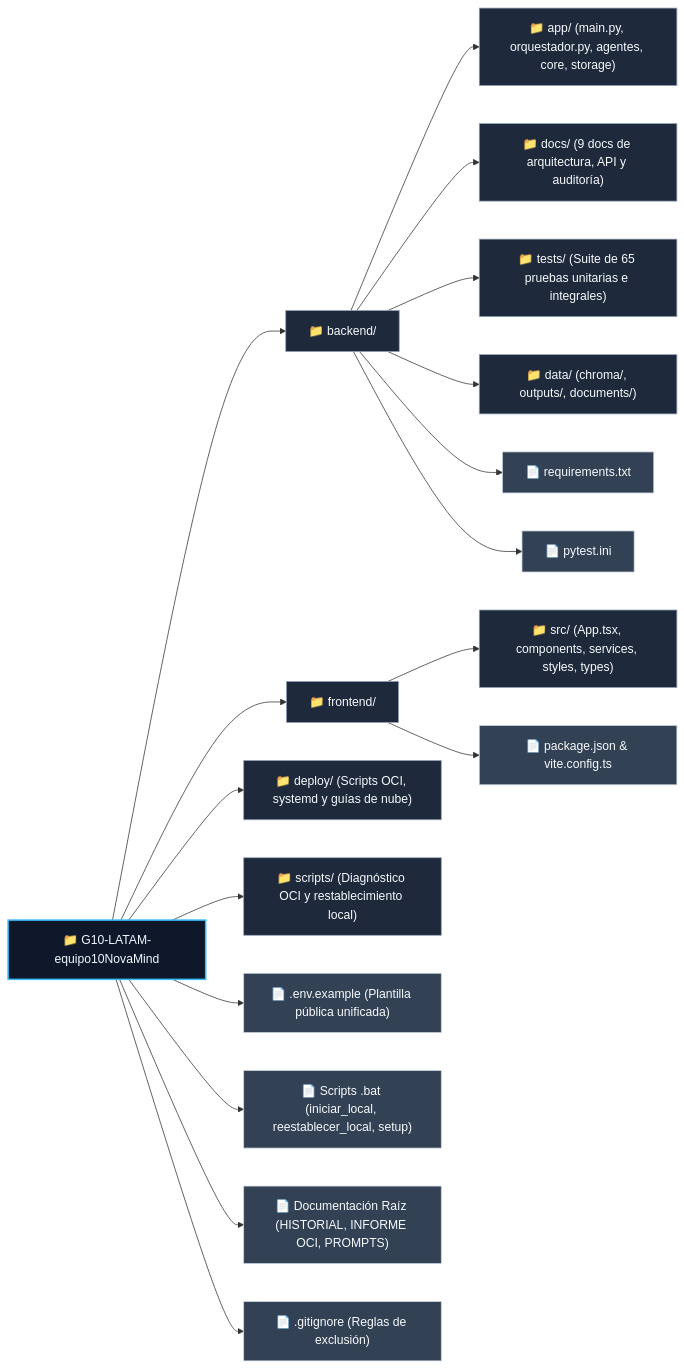
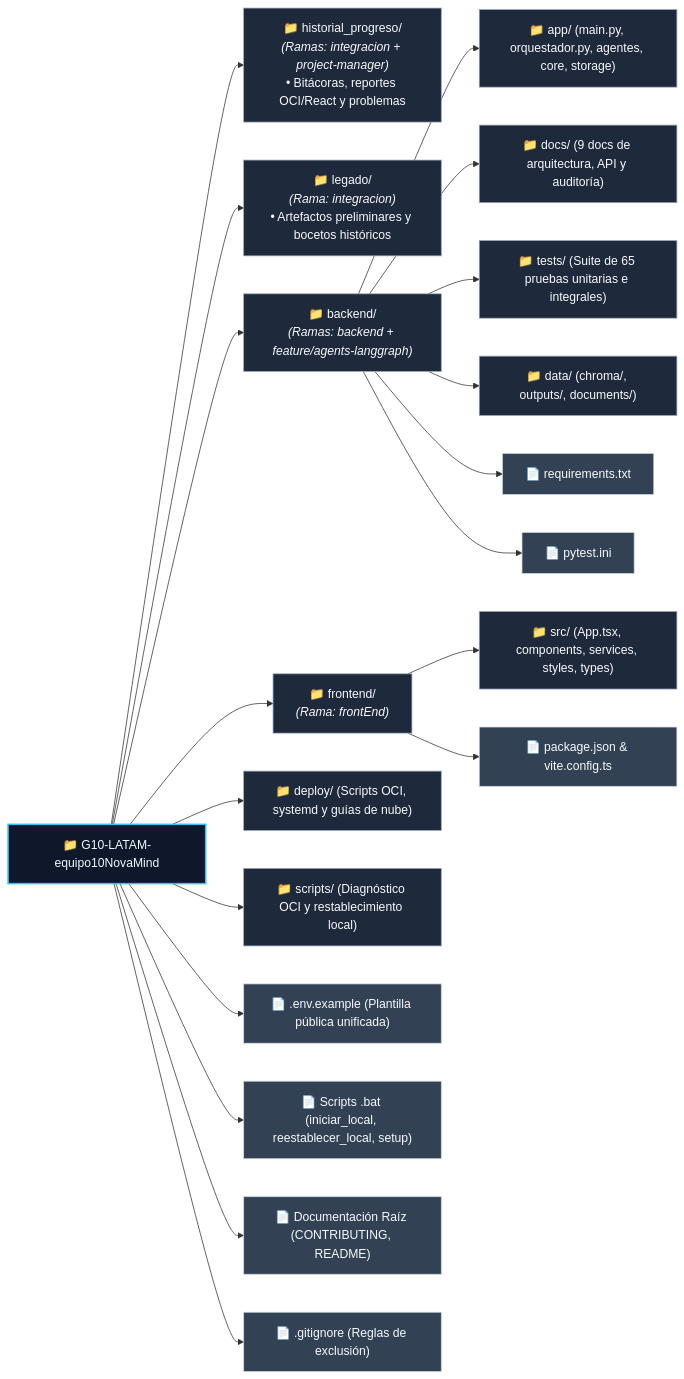
One commit to No-Country-simulation/G10-LATAM-equipo10NovaMind changed the third of 5 diagrams in README.md. Above: the diagram before and after it, drawn with Mermaid. The commit also changed other lines of this file, not shown here.

Commit message:
docs(readme): actualizar diagramas de arquitectura, carpetas, flujo y topologia de integracion multirama

````diff
--- a/README.md
+++ b/README.md
@@ -93,33 +147,37 @@
 ```mermaid
 graph LR
     %% Estilos
     classDef root fill:#0f172a,stroke:#38bdf8,stroke-width:2px,color:#f0f9ff;
     classDef dir fill:#1e293b,stroke:#94a3b8,stroke-width:1px,color:#f8fafc;
     classDef file fill:#334155,stroke:#cbd5e1,stroke-width:1px,color:#f8fafc;
 
     ROOT["📁 G10-LATAM-equipo10NovaMind"]:::root
 
+    %% HISTORIAL Y LEGADO
+    ROOT --> HP_DIR["📁 historial_progreso/<br/><i>(Ramas: integracion + project-manager)</i><br/>• Bitácoras, reportes OCI/React y problemas"]:::dir
+    ROOT --> LEG_DIR["📁 legado/<br/><i>(Rama: integracion)</i><br/>• Artefactos preliminares y bocetos históricos"]:::dir
+
     %% BACKEND
-    ROOT --> B_DIR["📁 backend/"]:::dir
+    ROOT --> B_DIR["📁 backend/<br/><i>(Ramas: backend + feature/agents-langgraph)</i>"]:::dir
     B_DIR --> B_APP["📁 app/ (main.py, orquestador.py, agentes, core, storage)"]:::dir
     B_DIR --> B_DOCS["📁 docs/ (9 docs de arquitectura, API y auditoría)"]:::dir
     B_DIR --> B_TESTS["📁 tests/ (Suite de 65 pruebas unitarias e integrales)"]:::dir
     B_DIR --> B_DATA["📁 data/ (chroma/, outputs/, documents/)"]:::dir
     B_DIR --> B_REQ["📄 requirements.txt"]:::file
     B_DIR --> B_INI["📄 pytest.ini"]:::file
 
     %% FRONTEND
-    ROOT --> F_DIR["📁 frontend/"]:::dir
+    ROOT --> F_DIR["📁 frontend/<br/><i>(Rama: frontEnd)</i>"]:::dir
     F_DIR --> F_SRC["📁 src/ (App.tsx, components, services, styles, types)"]:::dir
     F_DIR --> F_PKG["📄 package.json & vite.config.ts"]:::file
 
     %% DEPLOY & SCRIPTS
     ROOT --> D_DIR["📁 deploy/ (Scripts OCI, systemd y guías de nube)"]:::dir
     ROOT --> S_DIR["📁 scripts/ (Diagnóstico OCI y restablecimiento local)"]:::dir
 
     %% RAÍZ
     ROOT --> R_ENV["📄 .env.example (Plantilla pública unificada)"]:::file
     ROOT --> R_BAT["📄 Scripts .bat (iniciar_local, reestablecer_local, setup)"]:::file
-    ROOT --> R_DOC["📄 Documentación Raíz (HISTORIAL, INFORME OCI, PROMPTS)"]:::file
+    ROOT --> R_DOC["📄 Documentación Raíz (CONTRIBUTING, README)"]:::file
     ROOT --> R_GIT["📄 .gitignore (Reglas de exclusión)"]:::file
 ```
````
